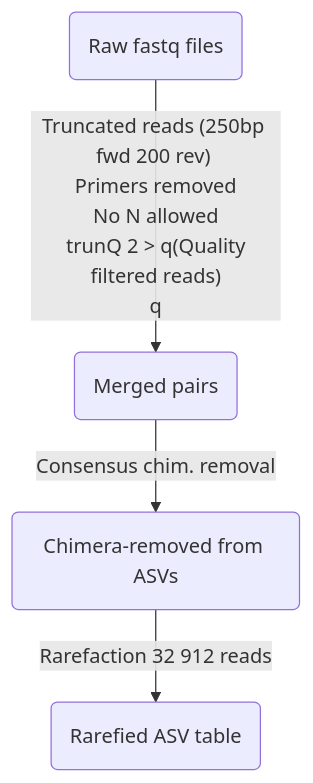
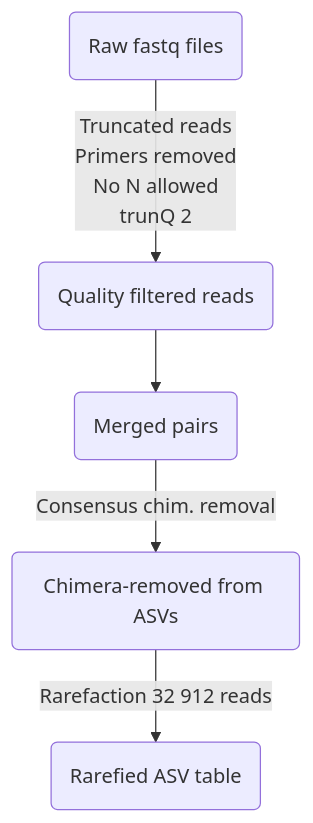
The first of 2 diagrams in README.md (plchagnon/Lonicera---Coralie), drawn with Mermaid before and after one commit.

````diff
--- a/README.md
+++ b/README.md
@@ -69,7 +69,7 @@
 ```mermaid
 flowchart TD
-raw(Raw fastq files) -- Truncated reads (250bp fwd 200 rev) <br> Primers removed <br> No N allowed <br> trunQ 2 > q(Quality filtered reads)
+raw(Raw fastq files) -- Truncated reads <br> Primers removed <br> No N allowed <br> trunQ 2 --> q(Quality filtered reads)
 q-->m(Merged pairs)
 m-- Consensus chim. removal -->chim(Chimera-removed from ASVs)
 chim-- Rarefaction 32 912 reads-->rar(Rarefied ASV table) 
 ```
````
